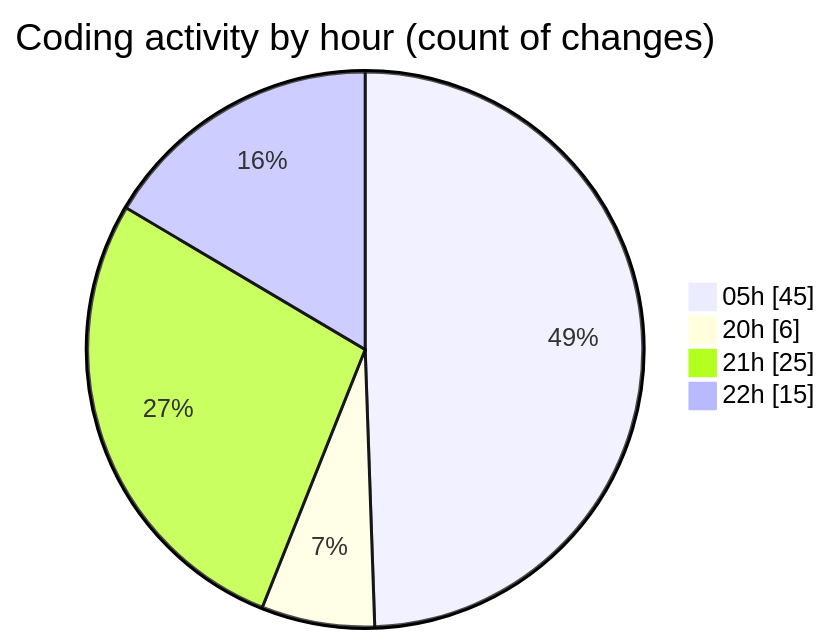
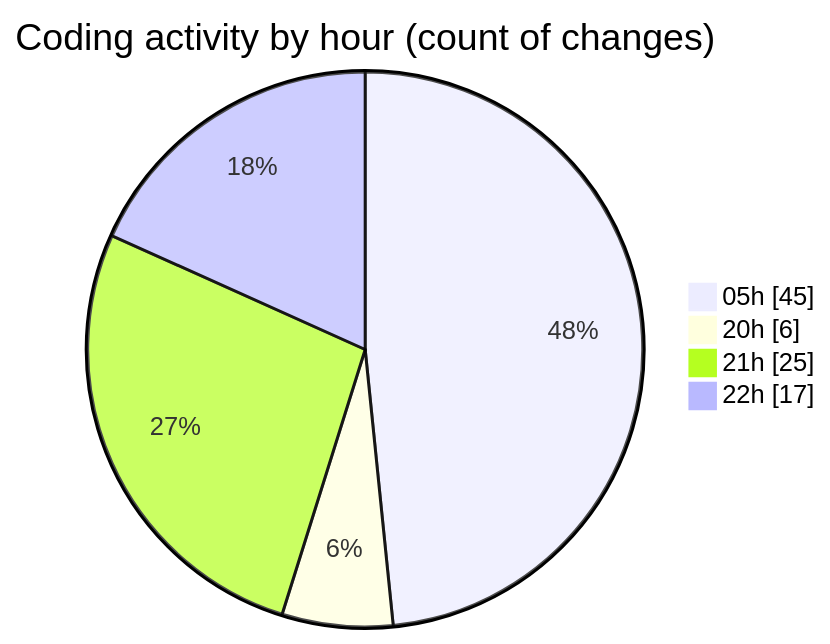
One commit to lephambinh05/code-tracking changed the second of 2 diagrams in 2025-08-05/napxuvn/README.md. Above: the diagram before and after it, drawn with Mermaid. The commit also changed other lines of this file and 1 other file, not shown here.

````diff
--- a/2025-08-05/napxuvn/README.md
+++ b/2025-08-05/napxuvn/README.md
@@ -78,8 +79,8 @@
 ```mermaid
 pie showData
 title Coding activity by hour (count of changes)
 "05h" : 45
 "20h" : 6
 "21h" : 25
-"22h" : 15
+"22h" : 17
 ```
````
